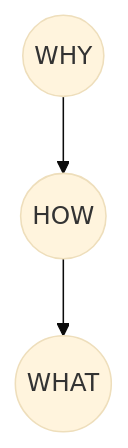
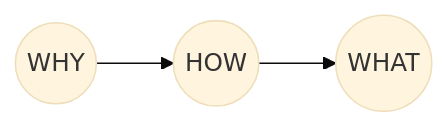
One commit to Na2te/Na2te.github.io changed the diagram in _posts/project/lucky 111₂/2024-07-04-02 아이디어 해커톤.md. Above: the diagram before and after it, drawn with Mermaid (base theme). The commit also changed 1 other file, not shown here.

Commit message:
docs: "메메이드 변경"
LR로 변경

```diff
--- a/_posts/project/lucky 111₂/2024-07-04-02 아이디어 해커톤.md
+++ b/_posts/project/lucky 111₂/2024-07-04-02 아이디어 해커톤.md
@@ -17,4 +17,4 @@
 <div class="mermaid">
-flowchart TD;
+flowchart LR;
 a((WHY)) --> b((HOW)) --> C((WHAT))
 </div>
```
